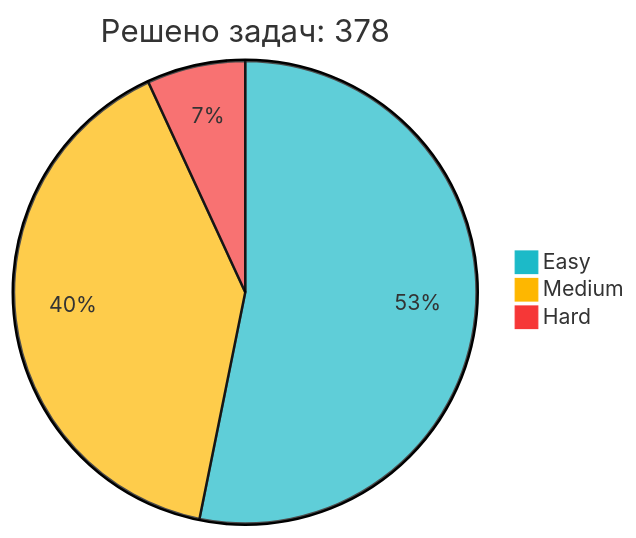
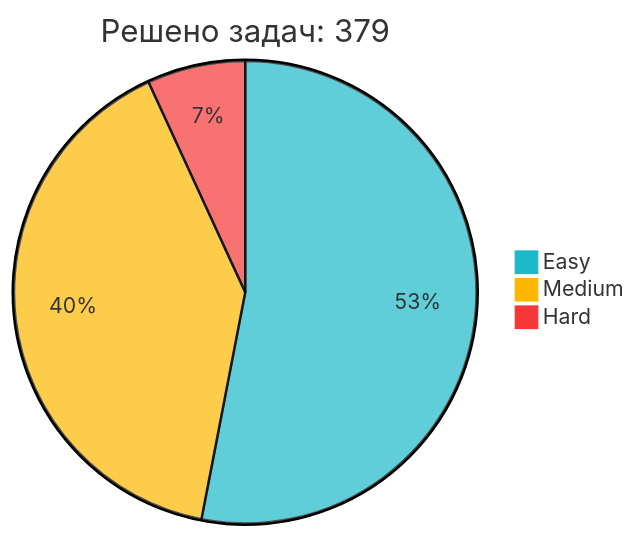
One commit to IliaKurdukov/IliaKurdukov changed the diagram in README.md. Above: the diagram before and after it, drawn with Mermaid. The commit also changed other lines of this file, not shown here.

Commit message:
📈 Обновление статистики LeetCode

````diff
--- a/README.md
+++ b/README.md
@@ -51,7 +51,7 @@
 ```mermaid
 %%{init: {'theme': 'base', 'themeVariables': { 'pie1': '#1CBAC8', 'pie2': '#FEB700', 'pie3': '#F63737' }, 'config': {'width': 300, 'height': 200}}}%%
-pie title Решено задач: 378
+pie title Решено задач: 379
    "Easy" : 201
-   "Medium" : 151
+   "Medium" : 152
    "Hard" : 26
 ```
````
